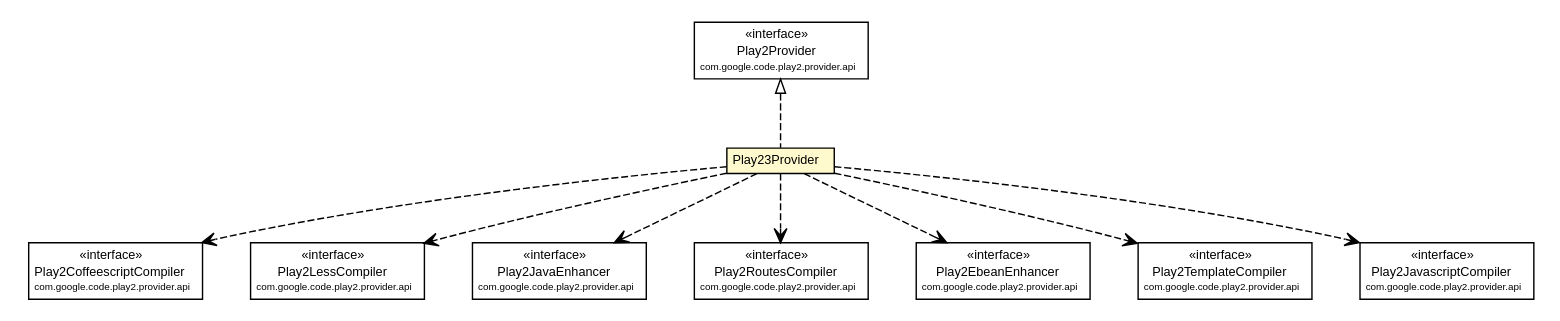
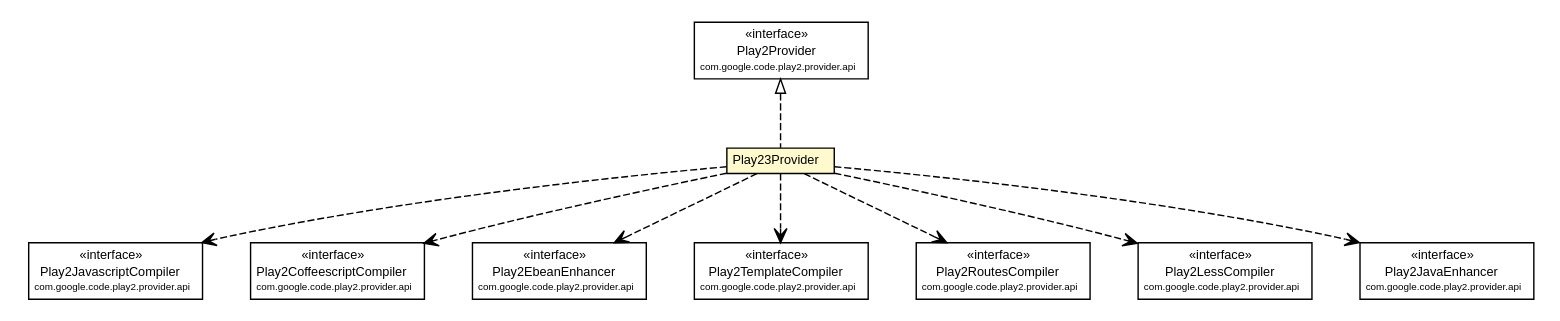
The diagram in mavensite/1.0.0-alpha7-SNAPSHOT/play2-providers/play2-provider-play23/apidocs/com/google/code/play2/provider/play23/Play23Provider.dot (wouterhardeman/play2-maven-plugin), drawn with Graphviz before and after one commit. The commit also changed 227 other files, not shown here.

Commit message:
Production site for version "1.0.0-alpha7-SNAPSHOT" - updated.

```diff
--- a/mavensite/1.0.0-alpha7-SNAPSHOT/play2-providers/play2-provider-play23/apidocs/com/google/code/play2/provider/play23/Play23Provider.dot
+++ b/mavensite/1.0.0-alpha7-SNAPSHOT/play2-providers/play2-provider-play23/apidocs/com/google/code/play2/provider/play23/Play23Provider.dot
@@ -17,38 +17,38 @@
 		</table>>, URL="./Play23Provider.html", fontname="arial", fontcolor="black", fontsize=9.0];
 	//com.google.code.play2.provider.play23.Play23Provider implements com.google.code.play2.provider.api.Play2Provider
 	c186:p -> c177:p [dir=back,arrowtail=empty,style=dashed];
+	// com.google.code.play2.provider.play23.Play23Provider DEPEND com.google.code.play2.provider.api.Play2JavascriptCompiler
+	c177:p -> c187:p [taillabel="", label="", headlabel="", fontname="arial", fontcolor="black", fontsize=10.0, color="black", arrowhead=open, style=dashed];
 	// com.google.code.play2.provider.play23.Play23Provider DEPEND com.google.code.play2.provider.api.Play2CoffeescriptCompiler
-	c177:p -> c187:p [taillabel="", label="", headlabel="", fontname="arial", fontcolor="black", fontsize=10.0, color="black", arrowhead=open, style=dashed];
+	c177:p -> c188:p [taillabel="", label="", headlabel="", fontname="arial", fontcolor="black", fontsize=10.0, color="black", arrowhead=open, style=dashed];
+	// com.google.code.play2.provider.play23.Play23Provider DEPEND com.google.code.play2.provider.api.Play2EbeanEnhancer
+	c177:p -> c189:p [taillabel="", label="", headlabel="", fontname="arial", fontcolor="black", fontsize=10.0, color="black", arrowhead=open, style=dashed];
+	// com.google.code.play2.provider.play23.Play23Provider DEPEND com.google.code.play2.provider.api.Play2TemplateCompiler
+	c177:p -> c190:p [taillabel="", label="", headlabel="", fontname="arial", fontcolor="black", fontsize=10.0, color="black", arrowhead=open, style=dashed];
+	// com.google.code.play2.provider.play23.Play23Provider DEPEND com.google.code.play2.provider.api.Play2RoutesCompiler
+	c177:p -> c191:p [taillabel="", label="", headlabel="", fontname="arial", fontcolor="black", fontsize=10.0, color="black", arrowhead=open, style=dashed];
 	// com.google.code.play2.provider.play23.Play23Provider DEPEND com.google.code.play2.provider.api.Play2LessCompiler
-	c177:p -> c188:p [taillabel="", label="", headlabel="", fontname="arial", fontcolor="black", fontsize=10.0, color="black", arrowhead=open, style=dashed];
+	c177:p -> c192:p [taillabel="", label="", headlabel="", fontname="arial", fontcolor="black", fontsize=10.0, color="black", arrowhead=open, style=dashed];
 	// com.google.code.play2.provider.play23.Play23Provider DEPEND com.google.code.play2.provider.api.Play2JavaEnhancer
-	c177:p -> c189:p [taillabel="", label="", headlabel="", fontname="arial", fontcolor="black", fontsize=10.0, color="black", arrowhead=open, style=dashed];
-	// com.google.code.play2.provider.play23.Play23Provider DEPEND com.google.code.play2.provider.api.Play2RoutesCompiler
-	c177:p -> c190:p [taillabel="", label="", headlabel="", fontname="arial", fontcolor="black", fontsize=10.0, color="black", arrowhead=open, style=dashed];
-	// com.google.code.play2.provider.play23.Play23Provider DEPEND com.google.code.play2.provider.api.Play2EbeanEnhancer
-	c177:p -> c191:p [taillabel="", label="", headlabel="", fontname="arial", fontcolor="black", fontsize=10.0, color="black", arrowhead=open, style=dashed];
-	// com.google.code.play2.provider.play23.Play23Provider DEPEND com.google.code.play2.provider.api.Play2TemplateCompiler
-	c177:p -> c192:p [taillabel="", label="", headlabel="", fontname="arial", fontcolor="black", fontsize=10.0, color="black", arrowhead=open, style=dashed];
-	// com.google.code.play2.provider.play23.Play23Provider DEPEND com.google.code.play2.provider.api.Play2JavascriptCompiler
 	c177:p -> c193:p [taillabel="", label="", headlabel="", fontname="arial", fontcolor="black", fontsize=10.0, color="black", arrowhead=open, style=dashed];
+	// com.google.code.play2.provider.api.Play2EbeanEnhancer
+	c189 [label=<<table title="com.google.code.play2.provider.api.Play2EbeanEnhancer" border="0" cellborder="1" cellspacing="0" cellpadding="2" port="p" href="https://play2-maven-plugin.googlecode.com/svn/mavensite/1.0.0-alpha7-SNAPSHOT/play2-provider-api/apidocs/com/google/code/play2/provider/api/Play2EbeanEnhancer.html">
+		<tr><td><table border="0" cellspacing="0" cellpadding="1">
+<tr><td align="center" balign="center"> &#171;interface&#187; </td></tr>
+<tr><td align="center" balign="center"> Play2EbeanEnhancer </td></tr>
+<tr><td align="center" balign="center"><font point-size="7.0"> com.google.code.play2.provider.api </font></td></tr>
+		</table></td></tr>
+		</table>>, URL="https://play2-maven-plugin.googlecode.com/svn/mavensite/1.0.0-alpha7-SNAPSHOT/play2-provider-api/apidocs/com/google/code/play2/provider/api/Play2EbeanEnhancer.html", fontname="arial", fontcolor="black", fontsize=9.0];
 	// com.google.code.play2.provider.api.Play2LessCompiler
-	c188 [label=<<table title="com.google.code.play2.provider.api.Play2LessCompiler" border="0" cellborder="1" cellspacing="0" cellpadding="2" port="p" href="https://play2-maven-plugin.googlecode.com/svn/mavensite/1.0.0-alpha7-SNAPSHOT/play2-provider-api/apidocs/com/google/code/play2/provider/api/Play2LessCompiler.html">
+	c192 [label=<<table title="com.google.code.play2.provider.api.Play2LessCompiler" border="0" cellborder="1" cellspacing="0" cellpadding="2" port="p" href="https://play2-maven-plugin.googlecode.com/svn/mavensite/1.0.0-alpha7-SNAPSHOT/play2-provider-api/apidocs/com/google/code/play2/provider/api/Play2LessCompiler.html">
 		<tr><td><table border="0" cellspacing="0" cellpadding="1">
 <tr><td align="center" balign="center"> &#171;interface&#187; </td></tr>
 <tr><td align="center" balign="center"> Play2LessCompiler </td></tr>
 <tr><td align="center" balign="center"><font point-size="7.0"> com.google.code.play2.provider.api </font></td></tr>
 		</table></td></tr>
 		</table>>, URL="https://play2-maven-plugin.googlecode.com/svn/mavensite/1.0.0-alpha7-SNAPSHOT/play2-provider-api/apidocs/com/google/code/play2/provider/api/Play2LessCompiler.html", fontname="arial", fontcolor="black", fontsize=9.0];
-	// com.google.code.play2.provider.api.Play2EbeanEnhancer
-	c191 [label=<<table title="com.google.code.play2.provider.api.Play2EbeanEnhancer" border="0" cellborder="1" cellspacing="0" cellpadding="2" port="p" href="https://play2-maven-plugin.googlecode.com/svn/mavensite/1.0.0-alpha7-SNAPSHOT/play2-provider-api/apidocs/com/google/code/play2/provider/api/Play2EbeanEnhancer.html">
-		<tr><td><table border="0" cellspacing="0" cellpadding="1">
-<tr><td align="center" balign="center"> &#171;interface&#187; </td></tr>
-<tr><td align="center" balign="center"> Play2EbeanEnhancer </td></tr>
-<tr><td align="center" balign="center"><font point-size="7.0"> com.google.code.play2.provider.api </font></td></tr>
-		</table></td></tr>
-		</table>>, URL="https://play2-maven-plugin.googlecode.com/svn/mavensite/1.0.0-alpha7-SNAPSHOT/play2-provider-api/apidocs/com/google/code/play2/provider/api/Play2EbeanEnhancer.html", fontname="arial", fontcolor="black", fontsize=9.0];
 	// com.google.code.play2.provider.api.Play2CoffeescriptCompiler
-	c187 [label=<<table title="com.google.code.play2.provider.api.Play2CoffeescriptCompiler" border="0" cellborder="1" cellspacing="0" cellpadding="2" port="p" href="https://play2-maven-plugin.googlecode.com/svn/mavensite/1.0.0-alpha7-SNAPSHOT/play2-provider-api/apidocs/com/google/code/play2/provider/api/Play2CoffeescriptCompiler.html">
+	c188 [label=<<table title="com.google.code.play2.provider.api.Play2CoffeescriptCompiler" border="0" cellborder="1" cellspacing="0" cellpadding="2" port="p" href="https://play2-maven-plugin.googlecode.com/svn/mavensite/1.0.0-alpha7-SNAPSHOT/play2-provider-api/apidocs/com/google/code/play2/provider/api/Play2CoffeescriptCompiler.html">
 		<tr><td><table border="0" cellspacing="0" cellpadding="1">
 <tr><td align="center" balign="center"> &#171;interface&#187; </td></tr>
 <tr><td align="center" balign="center"> Play2CoffeescriptCompiler </td></tr>
@@ -56,7 +56,7 @@
 		</table></td></tr>
 		</table>>, URL="https://play2-maven-plugin.googlecode.com/svn/mavensite/1.0.0-alpha7-SNAPSHOT/play2-provider-api/apidocs/com/google/code/play2/provider/api/Play2CoffeescriptCompiler.html", fontname="arial", fontcolor="black", fontsize=9.0];
 	// com.google.code.play2.provider.api.Play2JavaEnhancer
-	c189 [label=<<table title="com.google.code.play2.provider.api.Play2JavaEnhancer" border="0" cellborder="1" cellspacing="0" cellpadding="2" port="p" href="https://play2-maven-plugin.googlecode.com/svn/mavensite/1.0.0-alpha7-SNAPSHOT/play2-provider-api/apidocs/com/google/code/play2/provider/api/Play2JavaEnhancer.html">
+	c193 [label=<<table title="com.google.code.play2.provider.api.Play2JavaEnhancer" border="0" cellborder="1" cellspacing="0" cellpadding="2" port="p" href="https://play2-maven-plugin.googlecode.com/svn/mavensite/1.0.0-alpha7-SNAPSHOT/play2-provider-api/apidocs/com/google/code/play2/provider/api/Play2JavaEnhancer.html">
 		<tr><td><table border="0" cellspacing="0" cellpadding="1">
 <tr><td align="center" balign="center"> &#171;interface&#187; </td></tr>
 <tr><td align="center" balign="center"> Play2JavaEnhancer </td></tr>
@@ -64,7 +64,7 @@
 		</table></td></tr>
 		</table>>, URL="https://play2-maven-plugin.googlecode.com/svn/mavensite/1.0.0-alpha7-SNAPSHOT/play2-provider-api/apidocs/com/google/code/play2/provider/api/Play2JavaEnhancer.html", fontname="arial", fontcolor="black", fontsize=9.0];
 	// com.google.code.play2.provider.api.Play2RoutesCompiler
-	c190 [label=<<table title="com.google.code.play2.provider.api.Play2RoutesCompiler" border="0" cellborder="1" cellspacing="0" cellpadding="2" port="p" href="https://play2-maven-plugin.googlecode.com/svn/mavensite/1.0.0-alpha7-SNAPSHOT/play2-provider-api/apidocs/com/google/code/play2/provider/api/Play2RoutesCompiler.html">
+	c191 [label=<<table title="com.google.code.play2.provider.api.Play2RoutesCompiler" border="0" cellborder="1" cellspacing="0" cellpadding="2" port="p" href="https://play2-maven-plugin.googlecode.com/svn/mavensite/1.0.0-alpha7-SNAPSHOT/play2-provider-api/apidocs/com/google/code/play2/provider/api/Play2RoutesCompiler.html">
 		<tr><td><table border="0" cellspacing="0" cellpadding="1">
 <tr><td align="center" balign="center"> &#171;interface&#187; </td></tr>
 <tr><td align="center" balign="center"> Play2RoutesCompiler </td></tr>
@@ -72,7 +72,7 @@
 		</table></td></tr>
 		</table>>, URL="https://play2-maven-plugin.googlecode.com/svn/mavensite/1.0.0-alpha7-SNAPSHOT/play2-provider-api/apidocs/com/google/code/play2/provider/api/Play2RoutesCompiler.html", fontname="arial", fontcolor="black", fontsize=9.0];
 	// com.google.code.play2.provider.api.Play2JavascriptCompiler
-	c193 [label=<<table title="com.google.code.play2.provider.api.Play2JavascriptCompiler" border="0" cellborder="1" cellspacing="0" cellpadding="2" port="p" href="https://play2-maven-plugin.googlecode.com/svn/mavensite/1.0.0-alpha7-SNAPSHOT/play2-provider-api/apidocs/com/google/code/play2/provider/api/Play2JavascriptCompiler.html">
+	c187 [label=<<table title="com.google.code.play2.provider.api.Play2JavascriptCompiler" border="0" cellborder="1" cellspacing="0" cellpadding="2" port="p" href="https://play2-maven-plugin.googlecode.com/svn/mavensite/1.0.0-alpha7-SNAPSHOT/play2-provider-api/apidocs/com/google/code/play2/provider/api/Play2JavascriptCompiler.html">
 		<tr><td><table border="0" cellspacing="0" cellpadding="1">
 <tr><td align="center" balign="center"> &#171;interface&#187; </td></tr>
 <tr><td align="center" balign="center"> Play2JavascriptCompiler </td></tr>
@@ -88,7 +88,7 @@
 		</table></td></tr>
 		</table>>, URL="https://play2-maven-plugin.googlecode.com/svn/mavensite/1.0.0-alpha7-SNAPSHOT/play2-provider-api/apidocs/com/google/code/play2/provider/api/Play2Provider.html", fontname="arial", fontcolor="black", fontsize=9.0];
 	// com.google.code.play2.provider.api.Play2TemplateCompiler
-	c192 [label=<<table title="com.google.code.play2.provider.api.Play2TemplateCompiler" border="0" cellborder="1" cellspacing="0" cellpadding="2" port="p" href="https://play2-maven-plugin.googlecode.com/svn/mavensite/1.0.0-alpha7-SNAPSHOT/play2-provider-api/apidocs/com/google/code/play2/provider/api/Play2TemplateCompiler.html">
+	c190 [label=<<table title="com.google.code.play2.provider.api.Play2TemplateCompiler" border="0" cellborder="1" cellspacing="0" cellpadding="2" port="p" href="https://play2-maven-plugin.googlecode.com/svn/mavensite/1.0.0-alpha7-SNAPSHOT/play2-provider-api/apidocs/com/google/code/play2/provider/api/Play2TemplateCompiler.html">
 		<tr><td><table border="0" cellspacing="0" cellpadding="1">
 <tr><td align="center" balign="center"> &#171;interface&#187; </td></tr>
 <tr><td align="center" balign="center"> Play2TemplateCompiler </td></tr>
```
